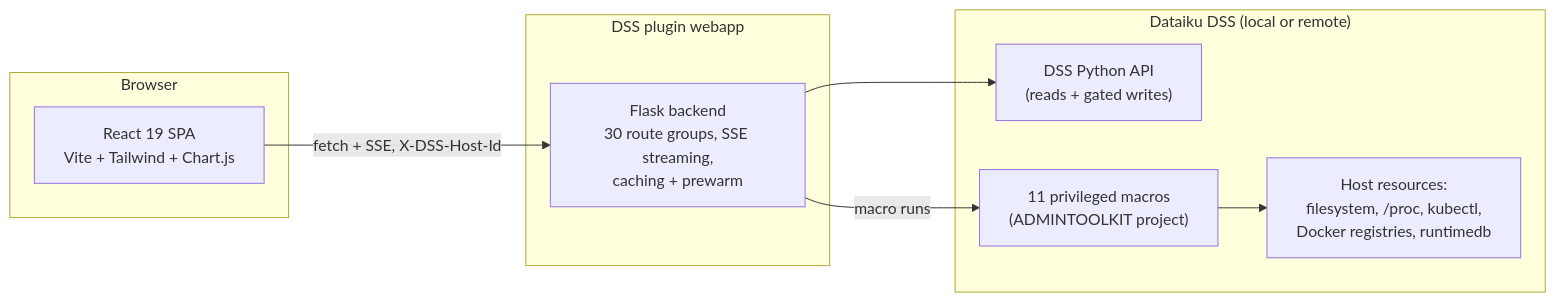
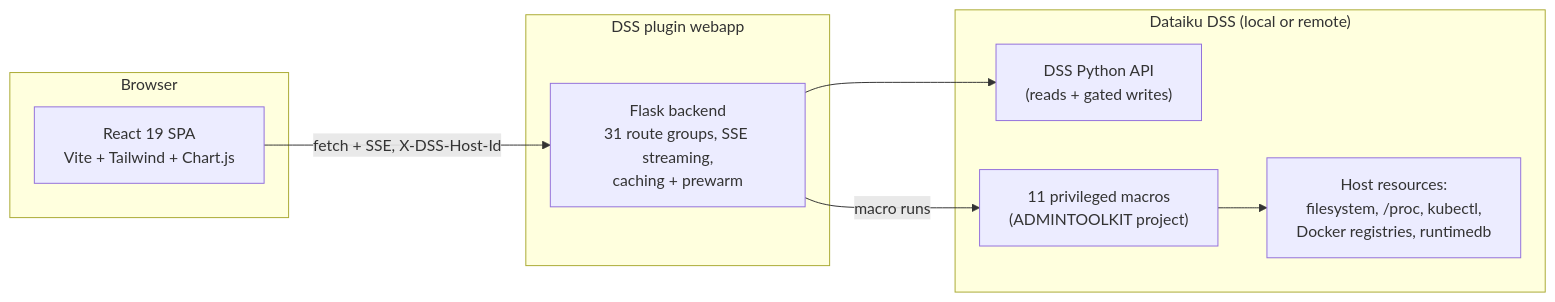
The diagram in README.md (gozu/admin-toolkit), drawn with Mermaid before and after one commit. The commit also changed other lines of this file and 2 other files, not shown here.

First line of the commit message:
docs: 0.4.648-649 maintenance pass — README (badge, 31 route groups, chat persistence + one-click traces in Agents tour/config), agents-reference §4.2/§8/§9/§19 (trace wire fields, auto-provisioning + STANDARD-then-flip trap, chat persistence subsection, store rekey), package-lock version sync

````diff
--- a/README.md
+++ b/README.md
@@ -145,18 +145,18 @@
 ```mermaid
 flowchart LR
     subgraph Browser
         SPA["React 19 SPA<br/>Vite + Tailwind + Chart.js"]
     end
     subgraph Webapp["DSS plugin webapp"]
-        API["Flask backend<br/>30 route groups, SSE streaming,<br/>caching + prewarm"]
+        API["Flask backend<br/>31 route groups, SSE streaming,<br/>caching + prewarm"]
     end
     subgraph DSS["Dataiku DSS (local or remote)"]
         PYAPI["DSS Python API<br/>(reads + gated writes)"]
         MACROS["11 privileged macros<br/>(ADMINTOOLKIT project)"]
         HOST["Host resources:<br/>filesystem, /proc, kubectl,<br/>Docker registries, runtimedb"]
     end
     SPA -->|"fetch + SSE, X-DSS-Host-Id"| API
     API --> PYAPI
     API -->|macro runs| MACROS
     MACROS --> HOST
 ```
````
